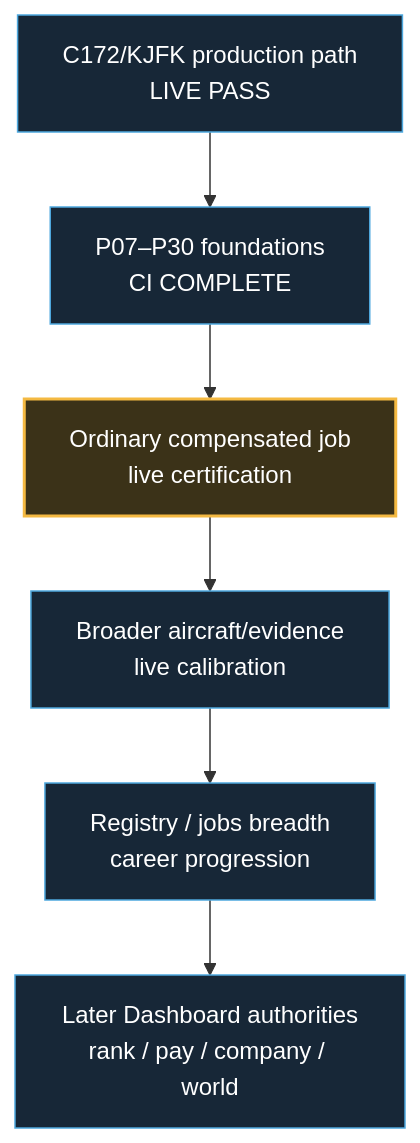
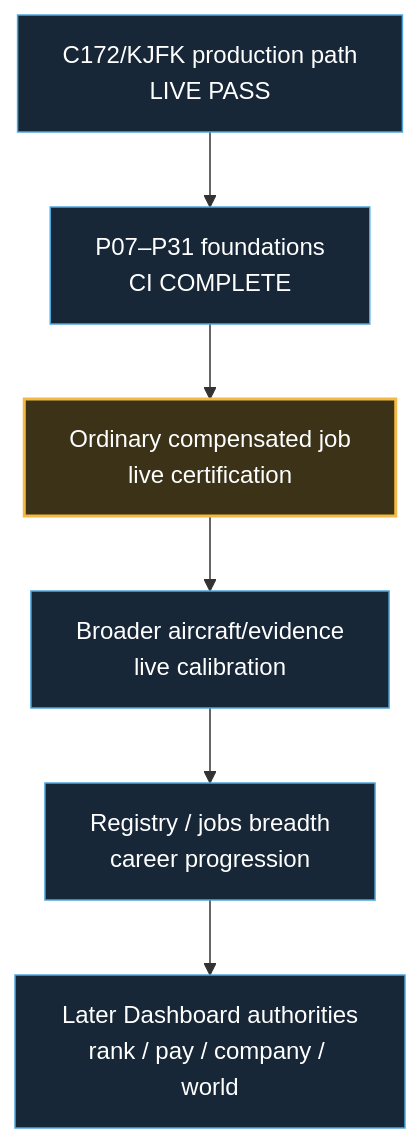
The second of 2 diagrams in docs/development-master-checklist.md (dhavalpddn-eng/OpenCareer), drawn with Mermaid before and after one commit. The commit also changed other lines of this file and 2 other files, not shown here.

````diff
--- a/docs/development-master-checklist.md
+++ b/docs/development-master-checklist.md
@@ -54,13 +54,13 @@
 ```mermaid
 flowchart TD
-    A["C172/KJFK production path<br/>LIVE PASS"] --> B["P07–P30 foundations<br/>CI COMPLETE"]
+    A["C172/KJFK production path<br/>LIVE PASS"] --> B["P07–P31 foundations<br/>CI COMPLETE"]
     B --> C["Ordinary compensated job<br/>live certification"]
     C --> D["Broader aircraft/evidence<br/>live calibration"]
     D --> E["Registry / jobs breadth<br/>career progression"]
     E --> F["Later Dashboard authorities<br/>rank / pay / company / world"]
 
     classDef next fill:#3b3218,stroke:#F4B942,color:#fff,stroke-width:2px;
     classDef future fill:#172737,stroke:#4EA8DE,color:#fff,stroke-width:1px;
     class C next;
     class A,B,D,E,F future;
 ```
````
